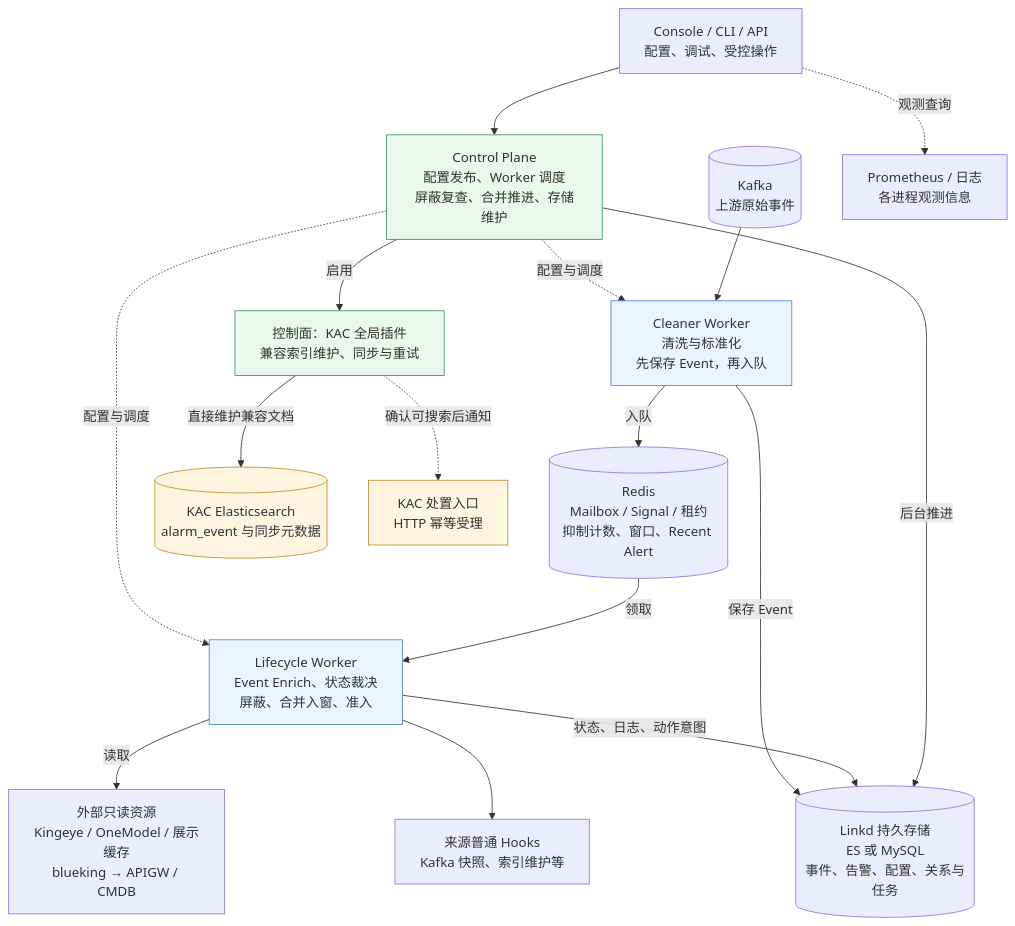
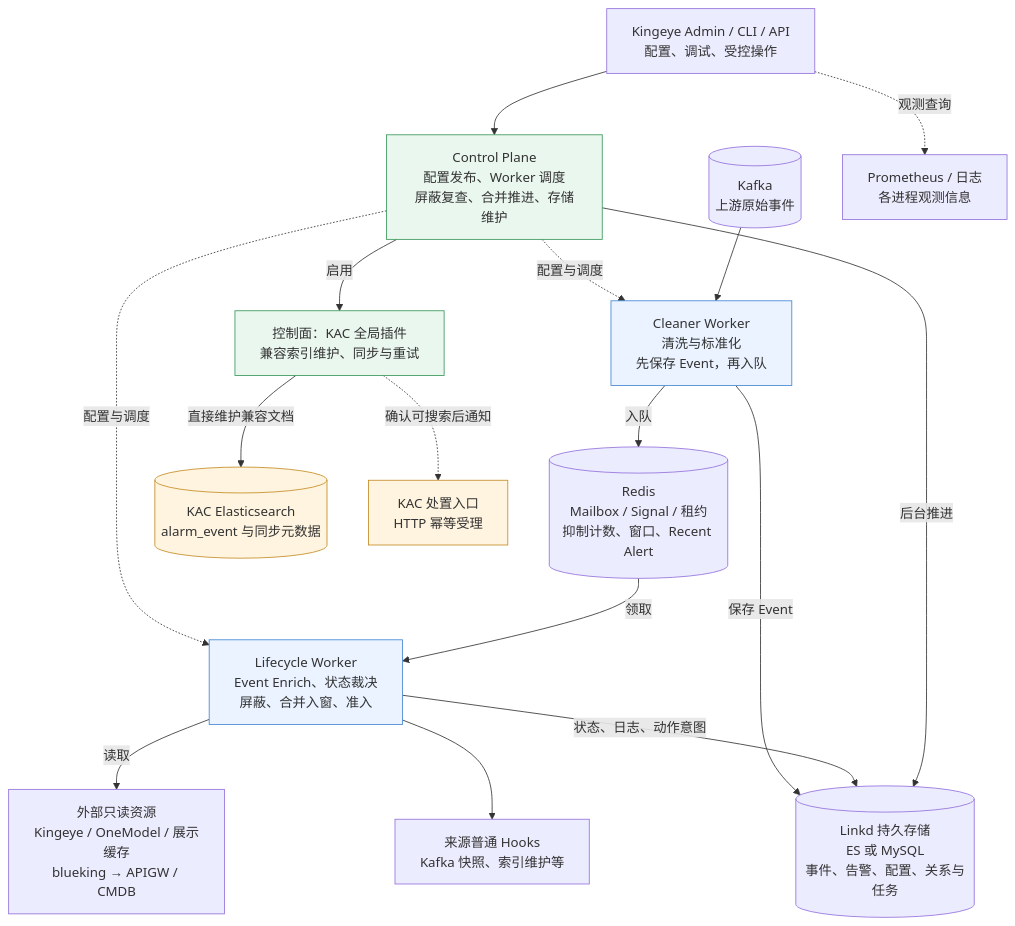
One commit to TencentBlueKing/bkmonitor-datalink changed the first of 2 diagrams in pkg/linkd/docs/design/architecture.md. Above: the diagram before and after it, drawn with Mermaid. The commit also changed other lines of this file and 329 other files, not shown here.

````diff
--- a/pkg/linkd/docs/design/architecture.md
+++ b/pkg/linkd/docs/design/architecture.md
@@ -24,37 +24,37 @@
 ```mermaid
 flowchart TB
-    Console["Console / CLI / API<br/>配置、调试、受控操作"]
+    Admin["Kingeye Admin / CLI / API<br/>配置、调试、受控操作"]
     CP["Control Plane<br/>配置发布、Worker 调度<br/>屏蔽复查、合并推进、存储维护"]
     Kafka[("Kafka<br/>上游原始事件")]
     Cleaner["Cleaner Worker<br/>清洗与标准化<br/>先保存 Event，再入队"]
     Redis[("Redis<br/>Mailbox / Signal / 租约<br/>抑制计数、窗口、Recent Alert")]
     Lifecycle["Lifecycle Worker<br/>Event Enrich、状态裁决<br/>屏蔽、合并入窗、准入"]
     Store[("Linkd 持久存储<br/>ES 或 MySQL<br/>事件、告警、配置、关系与任务")]
     Resources["外部只读资源<br/>Kingeye / OneModel / 展示缓存<br/>blueking → APIGW / CMDB"]
     Hooks["来源普通 Hooks<br/>Kafka 快照、索引维护等"]
     Plugin["控制面：KAC 全局插件<br/>兼容索引维护、同步与重试"]
     KACES[("KAC Elasticsearch<br/>alarm_event 与同步元数据")]
     KACAction["KAC 处置入口<br/>HTTP 幂等受理"]
     Metrics["Prometheus / 日志<br/>各进程观测信息"]
 
-    Console --> CP
-    Console -.->|"观测查询"| Metrics
+    Admin --> CP
+    Admin -.->|"观测查询"| Metrics
     CP -.->|"配置与调度"| Cleaner
     CP -.->|"配置与调度"| Lifecycle
     Kafka --> Cleaner -->|"入队"| Redis -->|"领取"| Lifecycle
     Cleaner -->|"保存 Event"| Store
     Lifecycle -->|"读取"| Resources
     Lifecycle --> Hooks
     Lifecycle -->|"状态、日志、动作意图"| Store
     CP -->|"后台推进"| Store
     CP -->|"启用"| Plugin
     Plugin -->|"直接维护兼容文档"| KACES
     Plugin -.->|"确认可搜索后通知"| KACAction
 
     classDef worker fill:#eaf3ff,stroke:#4285d4;
     classDef control fill:#eaf7ee,stroke:#39975a;
     classDef external fill:#fff4df,stroke:#c48b24;
     class Cleaner,Lifecycle worker;
     class CP,Plugin control;
     class KACES,KACAction external;
 ```
````
